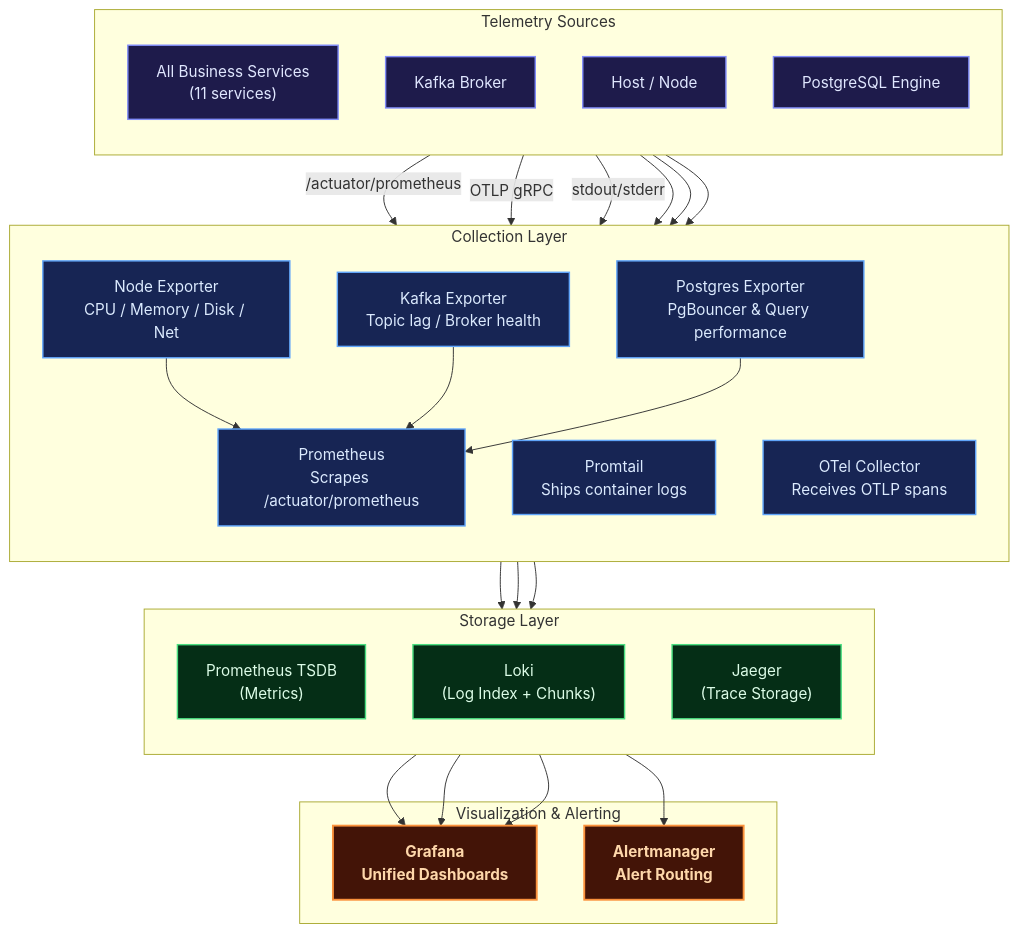
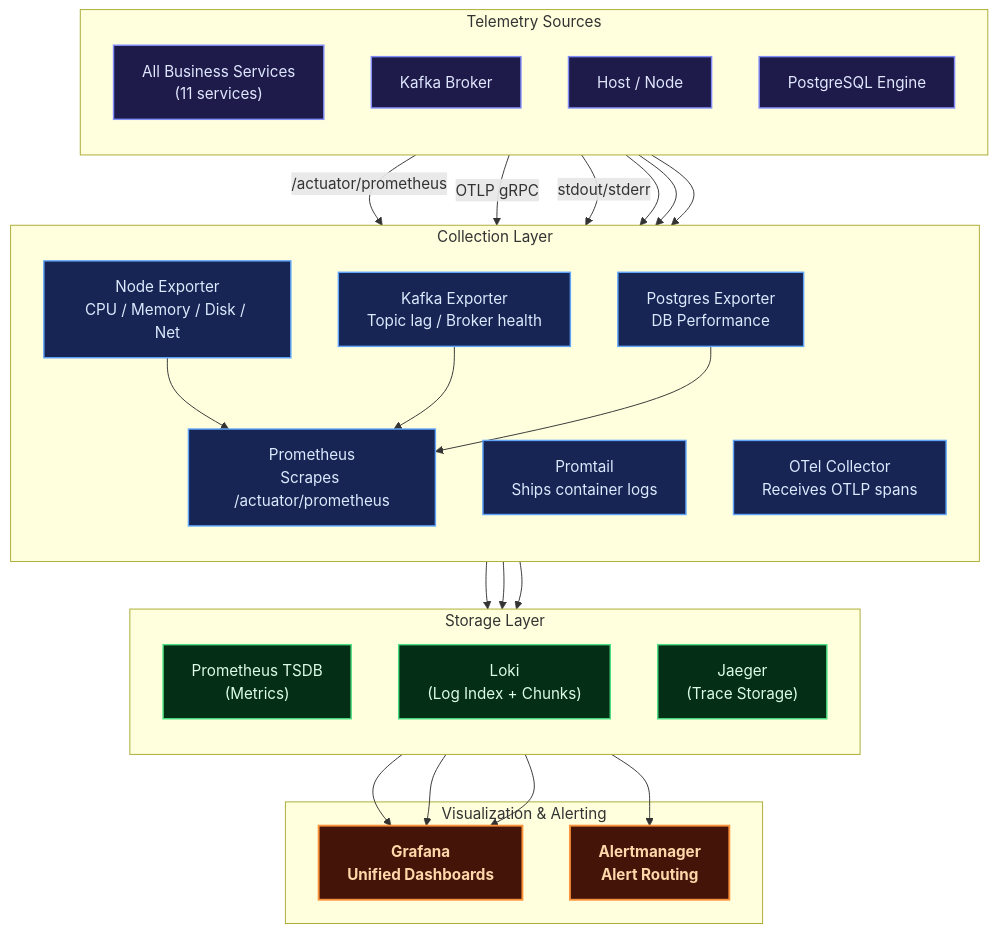
One commit to MamangRust/microservice-springboot-grpc-paymentgateway-graphql changed the sixth of 13 diagrams in README.md. Above: the diagram before and after it, drawn with Mermaid. The commit also changed other lines of this file, not shown here.

Commit message:
Update README with latest microservices architecture

````diff
--- a/README.md
+++ b/README.md
@@ -381,56 +379,56 @@
 ```mermaid
 graph TB
     classDef service fill:#1e1b4b,stroke:#818cf8,color:#e0e7ff,stroke-width:1.5px
     classDef collector fill:#172554,stroke:#60a5fa,color:#dbeafe,stroke-width:1.5px
     classDef storage fill:#052e16,stroke:#4ade80,color:#dcfce7,stroke-width:1.5px
     classDef viz fill:#431407,stroke:#fb923c,color:#fed7aa,stroke-width:2px,font-weight:bold
 
     subgraph Sources["Telemetry Sources"]
         direction TB
         SVCS["All Business Services<br/>(11 services)"]:::service
         KAFKA_SRC["Kafka Broker"]:::service
         NODES["Host / Node"]:::service
         DB_SRC["PostgreSQL Engine"]:::service
     end
 
     subgraph Collectors["Collection Layer"]
         direction TB
         PROM["Prometheus<br/>Scrapes /actuator/prometheus"]:::collector
         PROMTAIL["Promtail<br/>Ships container logs"]:::collector
         OTEL["OTel Collector<br/>Receives OTLP spans"]:::collector
         NODEX["Node Exporter<br/>CPU / Memory / Disk / Net"]:::collector
         KAFKAX["Kafka Exporter<br/>Topic lag / Broker health"]:::collector
-        PGX["Postgres Exporter<br/>PgBouncer & Query performance"]:::collector
+        PGX["Postgres Exporter<br/>DB Performance"]:::collector
     end
 
     subgraph Storage["Storage Layer"]
         direction TB
         PROM_TSDB["Prometheus TSDB<br/>(Metrics)"]:::storage
         LOKI_STORE["Loki<br/>(Log Index + Chunks)"]:::storage
         JAEGER_STORE["Jaeger<br/>(Trace Storage)"]:::storage
     end
 
     subgraph Visualization["Visualization & Alerting"]
         GRAFANA["Grafana<br/>Unified Dashboards"]:::viz
         ALERTMGR["Alertmanager<br/>Alert Routing"]:::viz
     end
 
     SVCS -->|"/actuator/prometheus"| PROM
     SVCS -->|"OTLP gRPC"| OTEL
     SVCS -->|"stdout/stderr"| PROMTAIL
     NODES --> NODEX
     KAFKA_SRC --> KAFKAX
     DB_SRC --> PGX
 
     NODEX --> PROM
     KAFKAX --> PROM
     PGX --> PROM
     PROM --> PROM_TSDB
     PROMTAIL --> LOKI_STORE
     OTEL --> JAEGER_STORE
 
     PROM_TSDB --> GRAFANA
     LOKI_STORE --> GRAFANA
     JAEGER_STORE --> GRAFANA
     PROM_TSDB --> ALERTMGR
 ```
````
